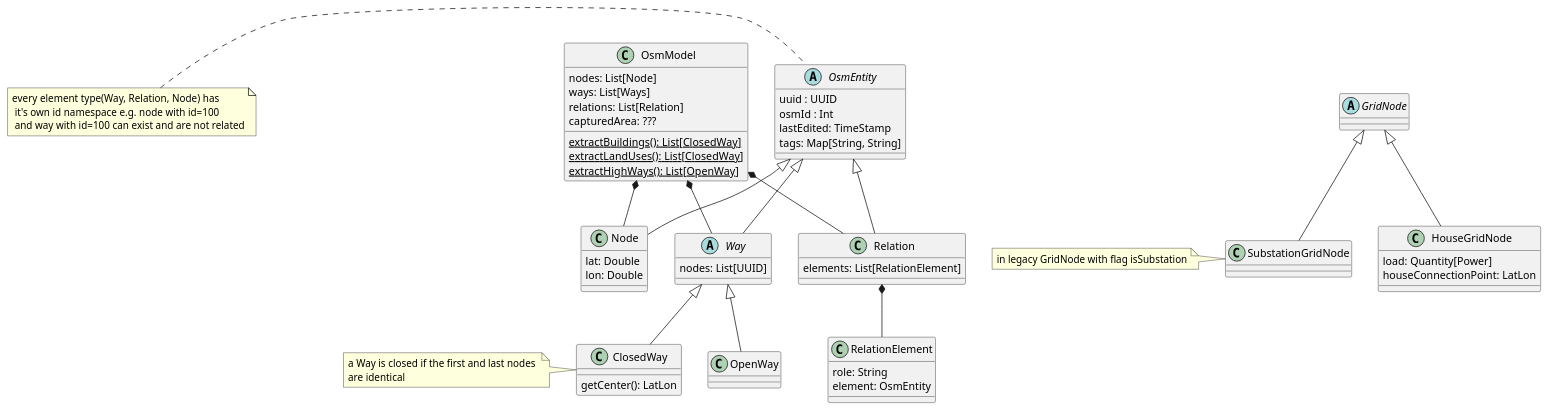
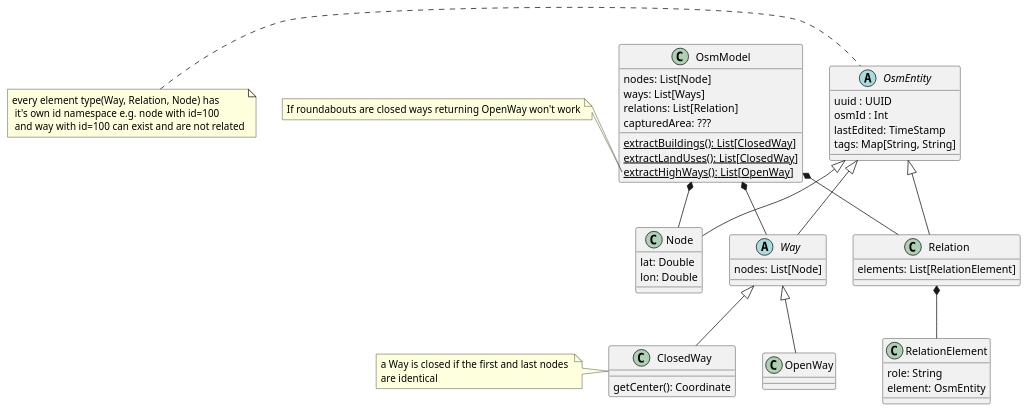
One commit to ie3-institute/PowerSystemUtils changed the diagram in docs/OsmModel.puml. Above: the diagram before and after it, drawn with PlantUML.

Commit message:
adjust class diagram

```diff
--- a/docs/OsmModel.puml
+++ b/docs/OsmModel.puml
@@ -1,76 +1,63 @@
 @startuml
 
 class OsmModel {
     nodes: List[Node]
     ways: List[Ways]
     relations: List[Relation]
     capturedArea: ???
     {static} extractBuildings(): List[ClosedWay]
     {static} extractLandUses(): List[ClosedWay]
     {static} extractHighWays(): List[OpenWay]
 }
-note left of OsmModel::"getHighWays(): List[OpenWay]"
-    If roundabouts are closed ways this might not work
+note left of OsmModel::"extractHighWays(): List[OpenWay]"
+    If roundabouts are closed ways returning OpenWay won't work
 end note
 
 abstract Class OsmEntity {
     uuid : UUID
     osmId : Int
     lastEdited: TimeStamp
     tags: Map[String, String]
 }
 note left: every element type(Way, Relation, Node) has \n it's own id namespace e.g. node with id=100 \n and way with id=100 can exist and are not related
 
 
 Class Node {
     lat: Double
     lon: Double
 }
 
 abstract Class Way {
-    nodes: List[UUID]
+    nodes: List[Node]
 }
 
 Class OpenWay {
 }
 
 Class ClosedWay {
-getCenter(): LatLon
+    getCenter(): Coordinate
 }
 note left: a Way is closed if the first and last nodes \nare identical
 
 Class Relation {
     elements: List[RelationElement]
 }
 
 Class RelationElement {
     role: String
     element: OsmEntity
 }
 
-abstract Class GridNode {
-}
-
-Class HouseGridNode {
-    load: Quantity[Power]
-    houseConnectionPoint: LatLon
-}
-
-Class SubstationGridNode {
-}
-note left: in legacy GridNode with flag isSubstation
 
 OsmModel *-- Node
 OsmModel *-- Way
 OsmModel *-- Relation
 OsmEntity <|-- Node
 OsmEntity <|-- Way
 OsmEntity <|-- Relation
 Relation *-- RelationElement
 Way <|-- OpenWay
 Way <|-- ClosedWay
-GridNode <|-- HouseGridNode
-GridNode <|-- SubstationGridNode
 
 
 @enduml
```
